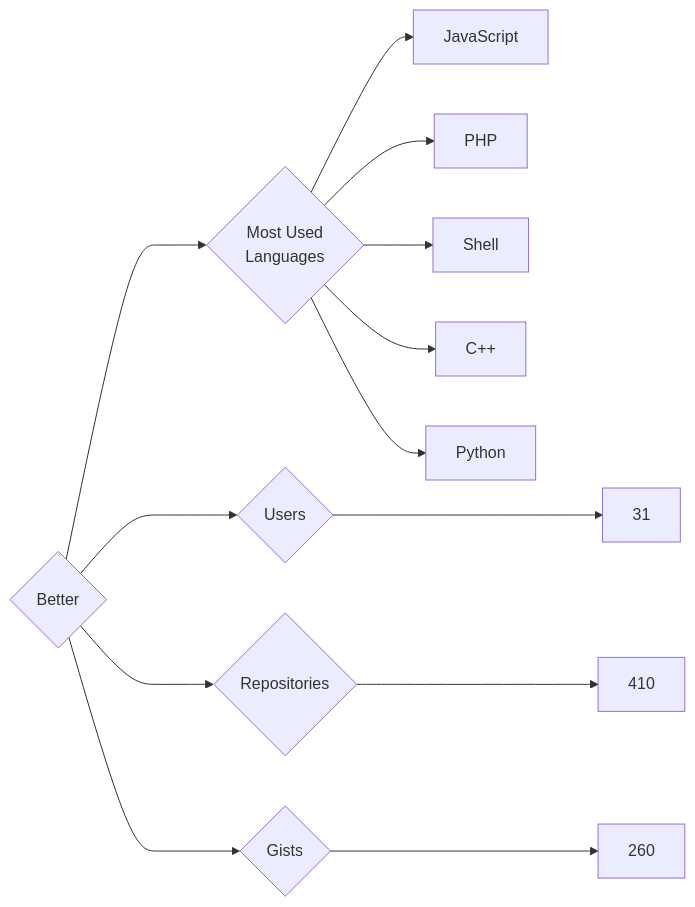
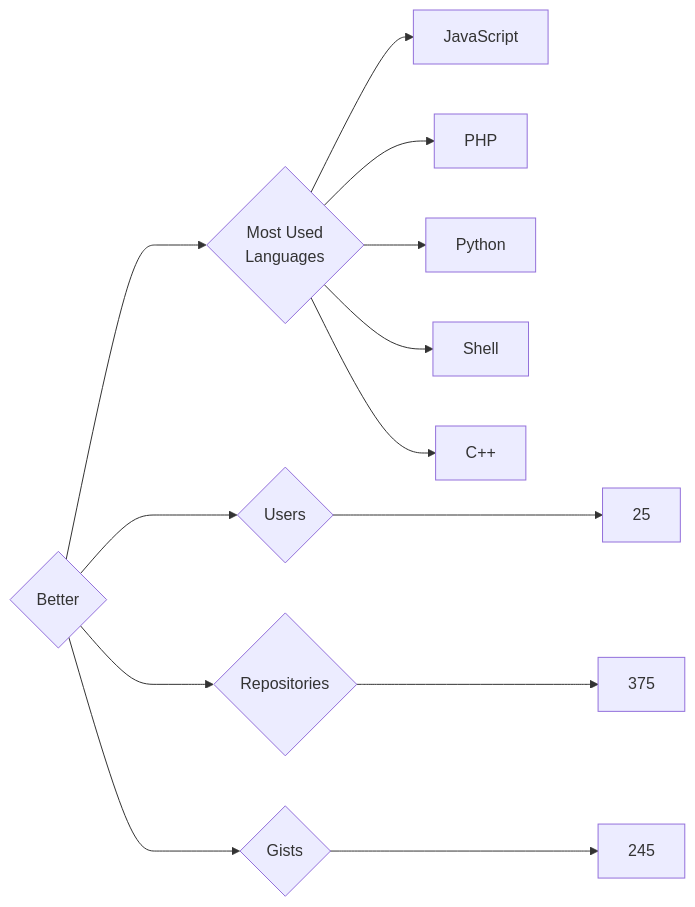
Before and after one commit to trickest/insiders: the diagram in targets/Better/README.md, drawn with Mermaid. The commit also changed 951 other files, not shown here.

````diff
--- a/targets/Better/README.md
+++ b/targets/Better/README.md
@@ -3,13 +3,13 @@
 ```mermaid
 graph LR
 COMPANY_NAME{Better}
-COMPANY_NAME ---> U{Users} ---> UN[31]
-COMPANY_NAME ---> R{Repositories} ---> RN[410]
-COMPANY_NAME ---> G{Gists} ---> GN[260]
+COMPANY_NAME ---> U{Users} ---> UN[25]
+COMPANY_NAME ---> R{Repositories} ---> RN[375]
+COMPANY_NAME ---> G{Gists} ---> GN[245]
 COMPANY_NAME ---> ML{Most Used<br>Languages}
 ML --> JavaScript[JavaScript]
 ML --> PHP[PHP]
+ML --> Python[Python]
 ML --> Shell[Shell]
 ML --> C++[C++]
-ML --> Python[Python]
 ```
````
